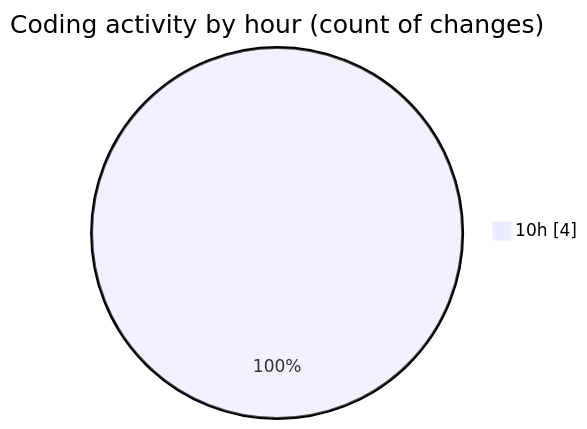
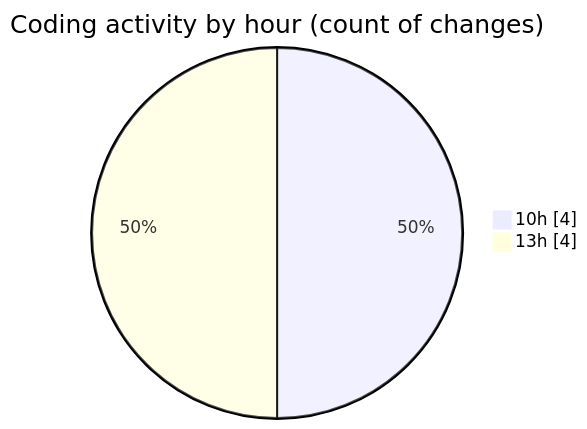
One commit to tmsrecording-cyber/code-tracking changed the second of 2 diagrams in 2026-04-15/ai_news_simple/README.md. Above: the diagram before and after it, drawn with Mermaid. The commit also changed other lines of this file and 1 other file, not shown here.

````diff
--- a/2026-04-15/ai_news_simple/README.md
+++ b/2026-04-15/ai_news_simple/README.md
@@ -29,5 +32,6 @@
 ```mermaid
 pie showData
 title Coding activity by hour (count of changes)
 "10h" : 4
+"13h" : 4
 ```
````
